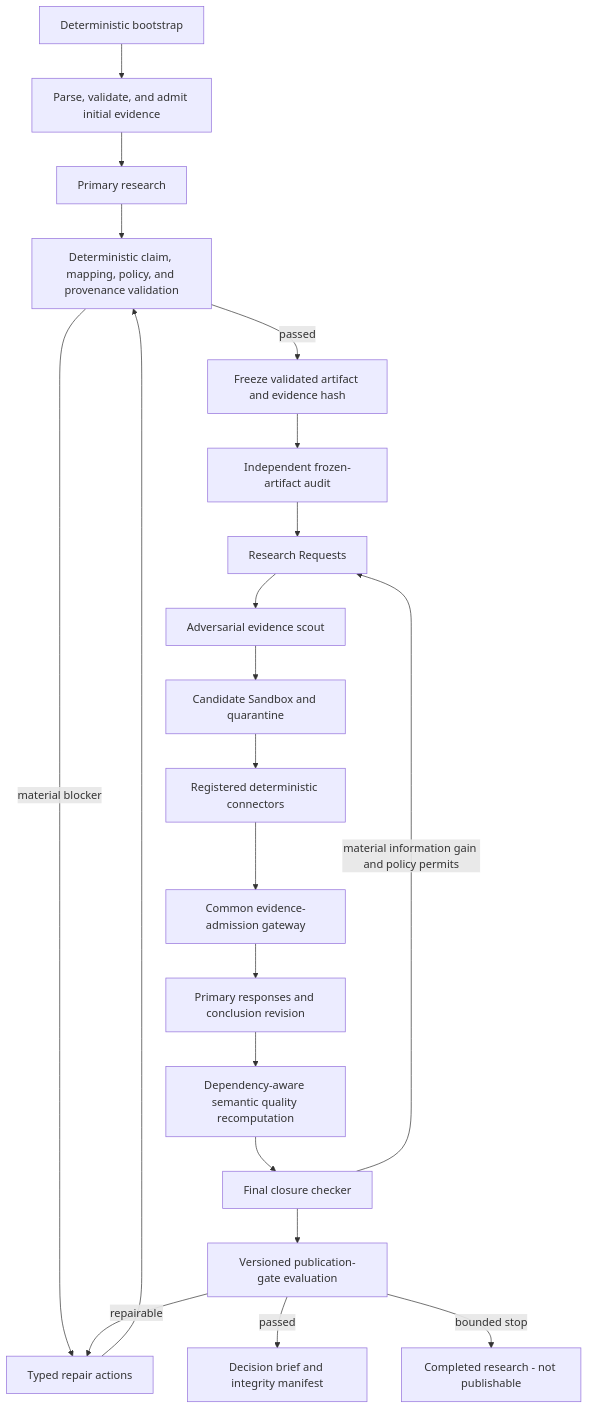
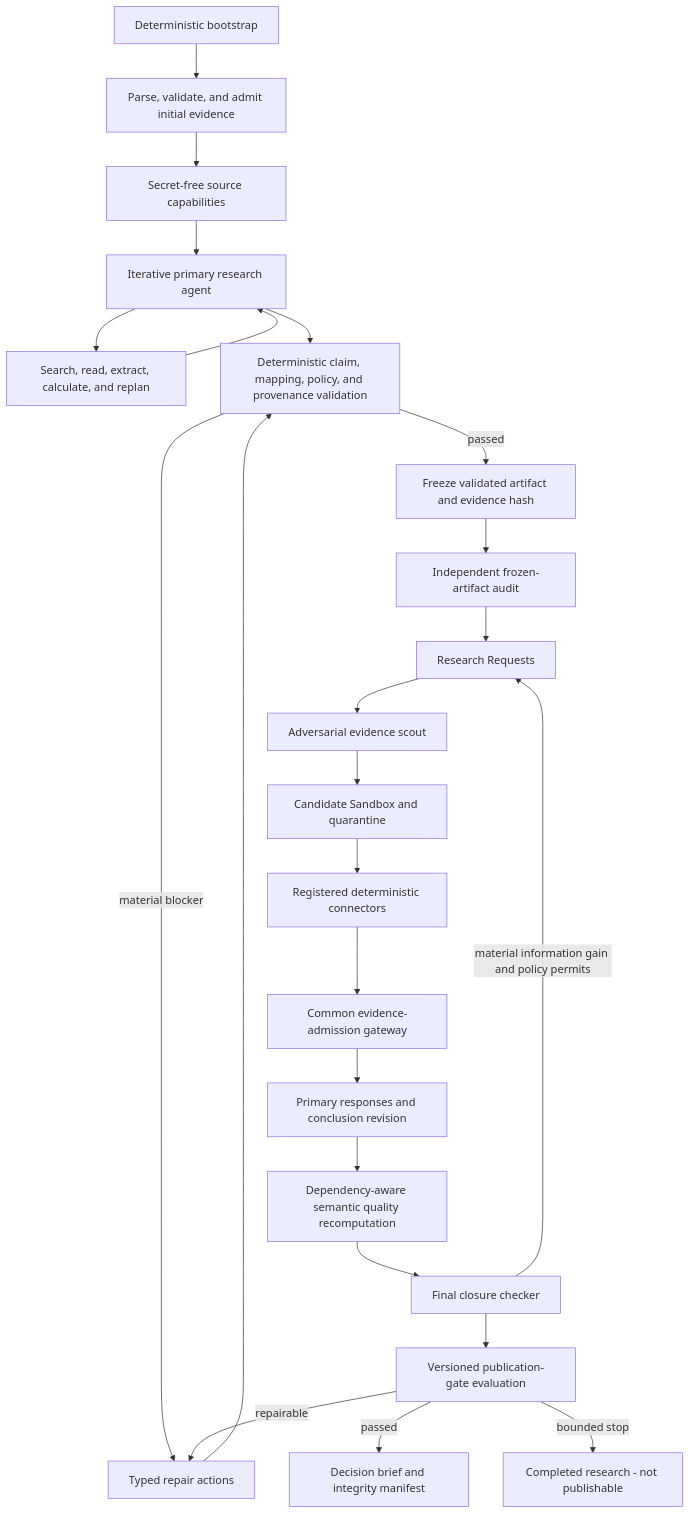
One commit to mwsp-code/IC-Copilot changed the second of 2 diagrams in docs/architecture.md. Above: the diagram before and after it, drawn with Mermaid. The commit also changed other lines of this file and 114 other files, not shown here.

````diff
--- a/docs/architecture.md
+++ b/docs/architecture.md
@@ -33,23 +33,26 @@
 ```mermaid
 flowchart TD
     BOOT["Deterministic bootstrap"] --> ADMIT0["Parse, validate, and admit initial evidence"]
-    ADMIT0 --> PRIMARY["Primary research"]
+    ADMIT0 --> CAP["Secret-free source capabilities"]
+    CAP --> PRIMARY["Iterative primary research agent"]
+    PRIMARY --> TOOLS["Search, read, extract, calculate, and replan"]
+    TOOLS --> PRIMARY
     PRIMARY --> VALIDATE["Deterministic claim, mapping, policy, and provenance validation"]
     VALIDATE -->|"material blocker"| REPAIR["Typed repair actions"]
     REPAIR --> VALIDATE
     VALIDATE -->|"passed"| FREEZE["Freeze validated artifact and evidence hash"]
     FREEZE --> AUDIT["Independent frozen-artifact audit"]
     AUDIT --> REQUEST["Research Requests"]
     REQUEST --> SCOUT["Adversarial evidence scout"]
     SCOUT --> SANDBOX["Candidate Sandbox and quarantine"]
     SANDBOX --> RETRIEVE["Registered deterministic connectors"]
     RETRIEVE --> GATEWAY["Common evidence-admission gateway"]
     GATEWAY --> REVISE["Primary responses and conclusion revision"]
     REVISE --> RESCORE["Dependency-aware semantic quality recomputation"]
     RESCORE --> CLOSURE["Final closure checker"]
     CLOSURE -->|"material information gain and policy permits"| REQUEST
     CLOSURE --> GATES["Versioned publication-gate evaluation"]
     GATES -->|"repairable"| REPAIR
     GATES -->|"passed"| RESULT["Decision brief and integrity manifest"]
     GATES -->|"bounded stop"| DRAFT["Completed research - not publishable"]
 ```
````
